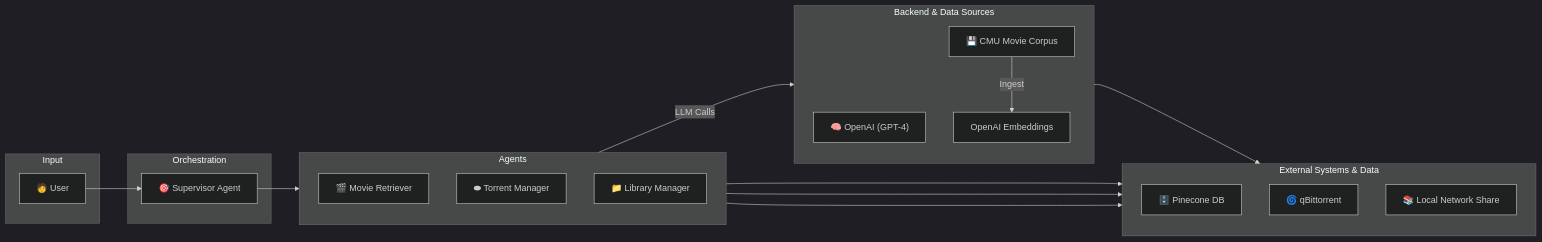
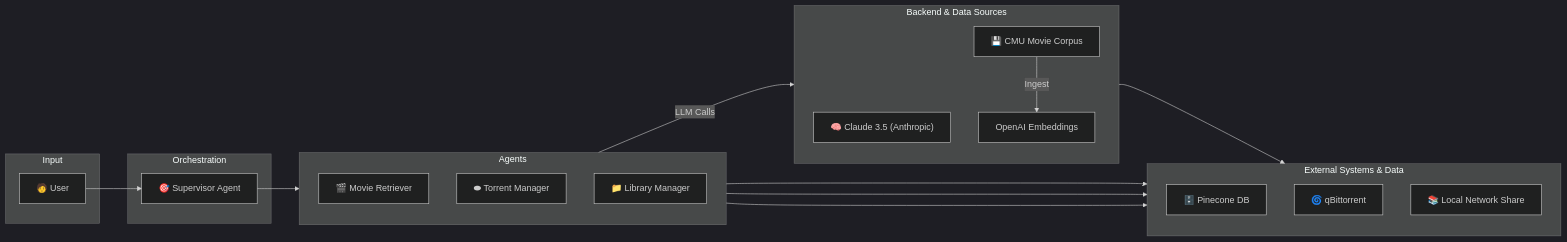
Before and after one commit to elisarchod/turtle_app: the first of 4 diagrams in README.md, drawn with Mermaid (dark theme). The commit also changed other lines of this file and 23 other files, not shown here.

````diff
--- a/README.md
+++ b/README.md
@@ -21,44 +21,44 @@
 ```mermaid
 graph LR
     %% Define Groups
     subgraph Input
         User["🧑 User"]
     end
 
     subgraph Orchestration
         Supervisor["🎯 Supervisor Agent"]
     end
 
     subgraph Agents
         direction TB
         MovieRetriever["🎬 Movie Retriever"]
         TorrentManager["⬬ Torrent Manager"]
         LibraryManager["📁 Library Manager"]
     end
     
     subgraph ExternalSystems["External Systems & Data"]
         direction TB
         PineconeDB["🗄️ Pinecone DB"]
         QBittorrent["🌀 qBittorrent"]
         NetworkShare["📚 Local Network Share"]
     end
     
     subgraph BackendServices["Backend & Data Sources"]
         direction TB
-        LLM["🧠 OpenAI (GPT-4)"]
+        LLM["🧠 Claude 3.5 (Anthropic)"]
         Embeddings["OpenAI Embeddings"]
         CMUCorpus["💾 CMU Movie Corpus"]
     end
 
     %% Define Flow
     User --> Supervisor --> Agents
     
     Agents -- "LLM Calls" --> LLM
     
     MovieRetriever --> PineconeDB
     TorrentManager --> QBittorrent
     LibraryManager --> NetworkShare
     
     CMUCorpus -- "Ingest" --> Embeddings --> PineconeDB
 
 ```
````
